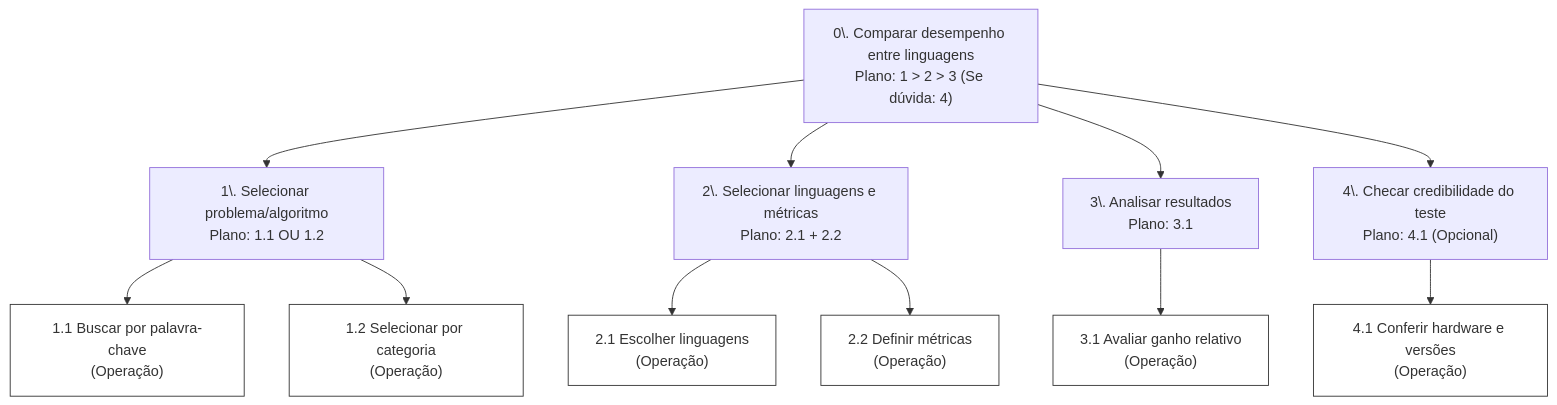
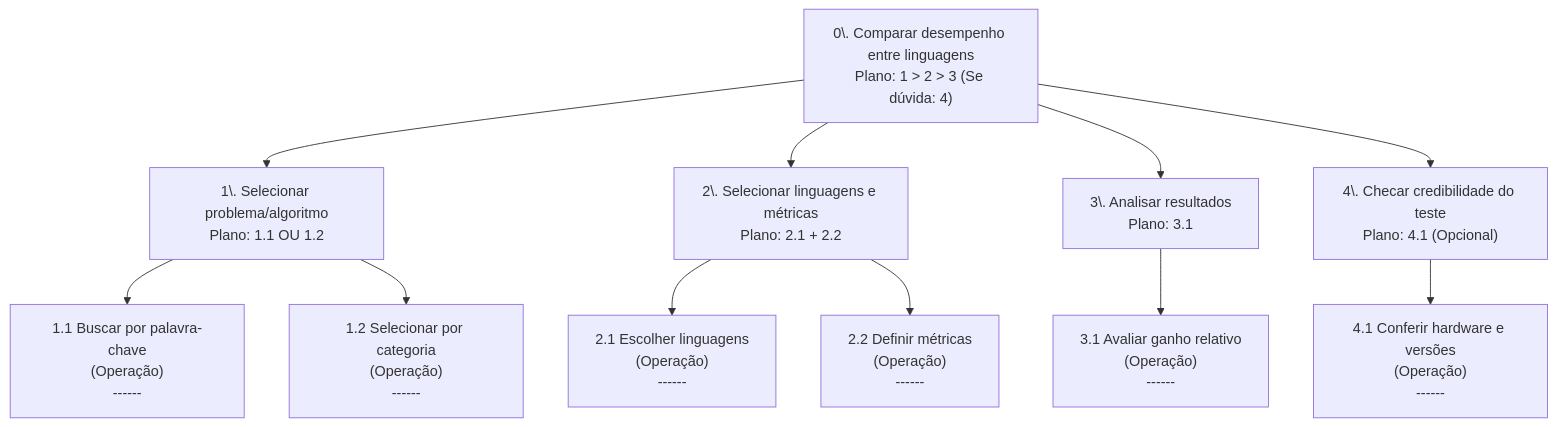
Before and after one commit to augustotx/ihc2026: the diagram in docs/05_analise_tarefas.md, drawn with Mermaid.

````diff
--- a/docs/05_analise_tarefas.md
+++ b/docs/05_analise_tarefas.md
@@ -52,34 +52,27 @@
 ```mermaid
 graph TD
     N0["0\. Comparar desempenho entre linguagens<br />Plano: 1 &gt; 2 &gt; 3 (Se dúvida: 4)"]
     N1["1\. Selecionar problema/algoritmo<br />Plano: 1.1 OU 1.2"]
     N2["2\. Selecionar linguagens e métricas<br />Plano: 2.1 + 2.2"]
     N3["3\. Analisar resultados<br />Plano: 3.1"]
     N4["4\. Checar credibilidade do teste<br />Plano: 4.1 (Opcional)"]
 
-    N1_1["<div><div>1.1 Buscar por palavra-chave<br />(Operação)</div><div></div></div>"]
-    N1_2["<div><div>1.2 Selecionar por categoria<br />(Operação)</div><div></div></div>"]
-    N2_1["<div><div>2.1 Escolher linguagens<br />(Operação)</div><div></div></div>"]
-    N2_2["<div><div>2.2 Definir métricas<br />(Operação)</div><div></div></div>"]
-    N3_1["<div><div>3.1 Avaliar ganho relativo<br />(Operação)</div><div></div></div>"]
-    N4_1["<div><div>4.1 Conferir hardware e versões<br />(Operação)</div><div></div></div>"]
+    N1_1["<div><div>1.1 Buscar por palavra-chave<br />(Operação)</div><div>------</div></div>"]
+    N1_2["<div><div>1.2 Selecionar por categoria<br />(Operação)</div><div>------</div></div>"]
+    N2_1["<div><div>2.1 Escolher linguagens<br />(Operação)</div><div>------</div></div>"]
+    N2_2["<div><div>2.2 Definir métricas<br />(Operação)</div><div>------</div></div>"]
+    N3_1["<div><div>3.1 Avaliar ganho relativo<br />(Operação)</div><div>------</div></div>"]
+    N4_1["<div><div>4.1 Conferir hardware e versões<br />(Operação)</div><div>------</div></div>"]
 
     N0 --> N1
     N0 --> N2
     N0 --> N3
     N0 --> N4
 
     N1 --> N1_1
     N1 --> N1_2
     N2 --> N2_1
     N2 --> N2_2
     N3 --> N3_1
     N4 --> N4_1
-
-    style N1_1 fill:none,stroke:#333,stroke-width:1px
-    style N1_2 fill:none,stroke:#333,stroke-width:1px
-    style N2_1 fill:none,stroke:#333,stroke-width:1px
-    style N2_2 fill:none,stroke:#333,stroke-width:1px
-    style N3_1 fill:none,stroke:#333,stroke-width:1px
-    style N4_1 fill:none,stroke:#333,stroke-width:1px
 ```
````
